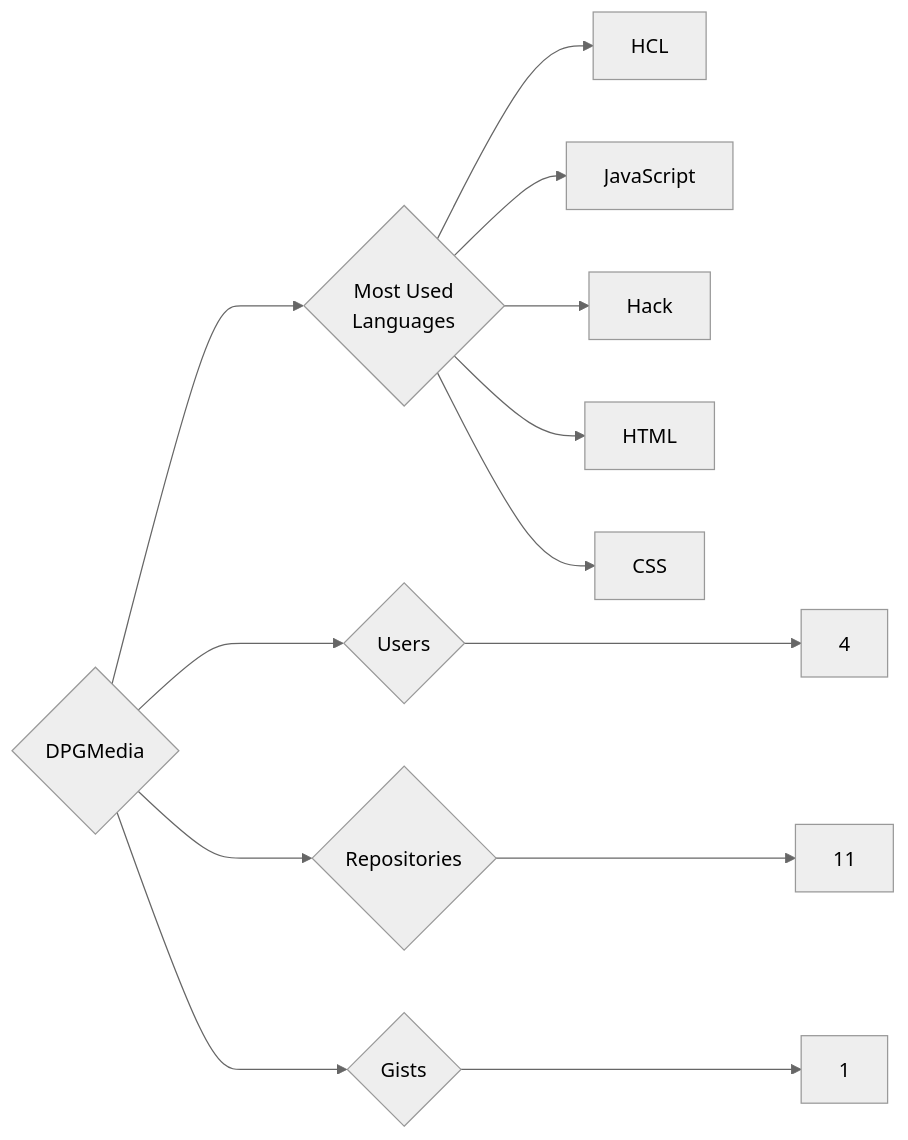
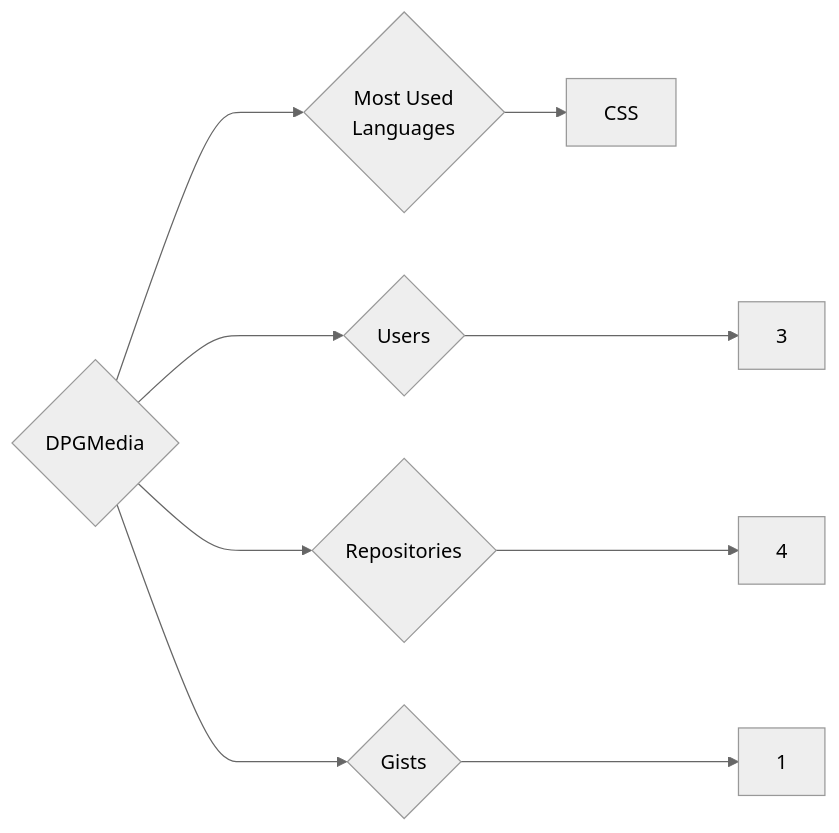
Before and after one commit to trickest/insiders: the diagram in targets/DPGMedia/README.md, drawn with Mermaid (neutral theme). The commit also changed 1036 other files, not shown here.

````diff
--- a/targets/DPGMedia/README.md
+++ b/targets/DPGMedia/README.md
@@ -3,13 +3,9 @@
 ```mermaid
 graph LR
 COMPANY_NAME{DPGMedia}
-COMPANY_NAME ---> U{Users} ---> UN[4]
-COMPANY_NAME ---> R{Repositories} ---> RN[11]
+COMPANY_NAME ---> U{Users} ---> UN[3]
+COMPANY_NAME ---> R{Repositories} ---> RN[4]
 COMPANY_NAME ---> G{Gists} ---> GN[1]
 COMPANY_NAME ---> ML{Most Used<br>Languages}
-ML --> HCL[HCL]
-ML --> JavaScript[JavaScript]
-ML --> Hack[Hack]
-ML --> HTML[HTML]
 ML --> CSS[CSS]
 ```
````
